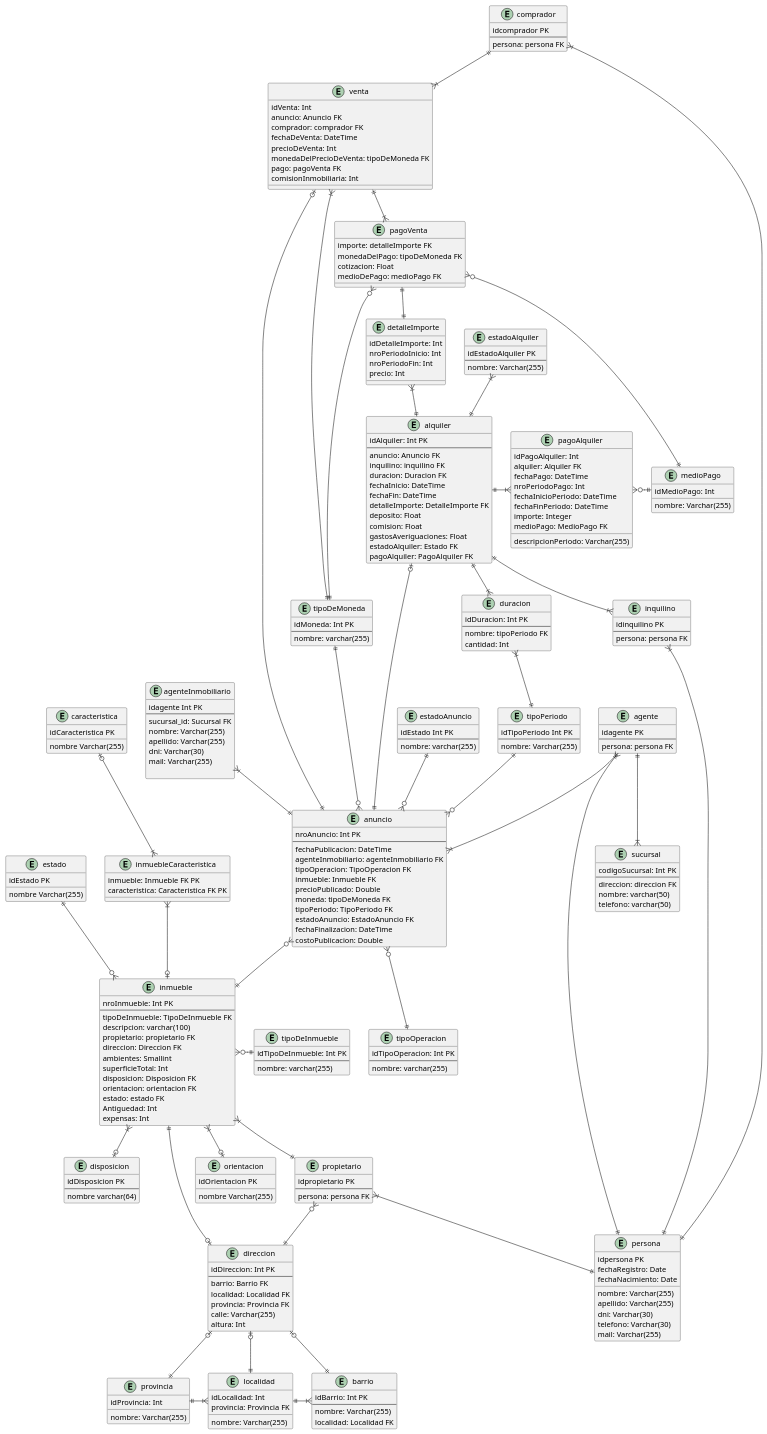
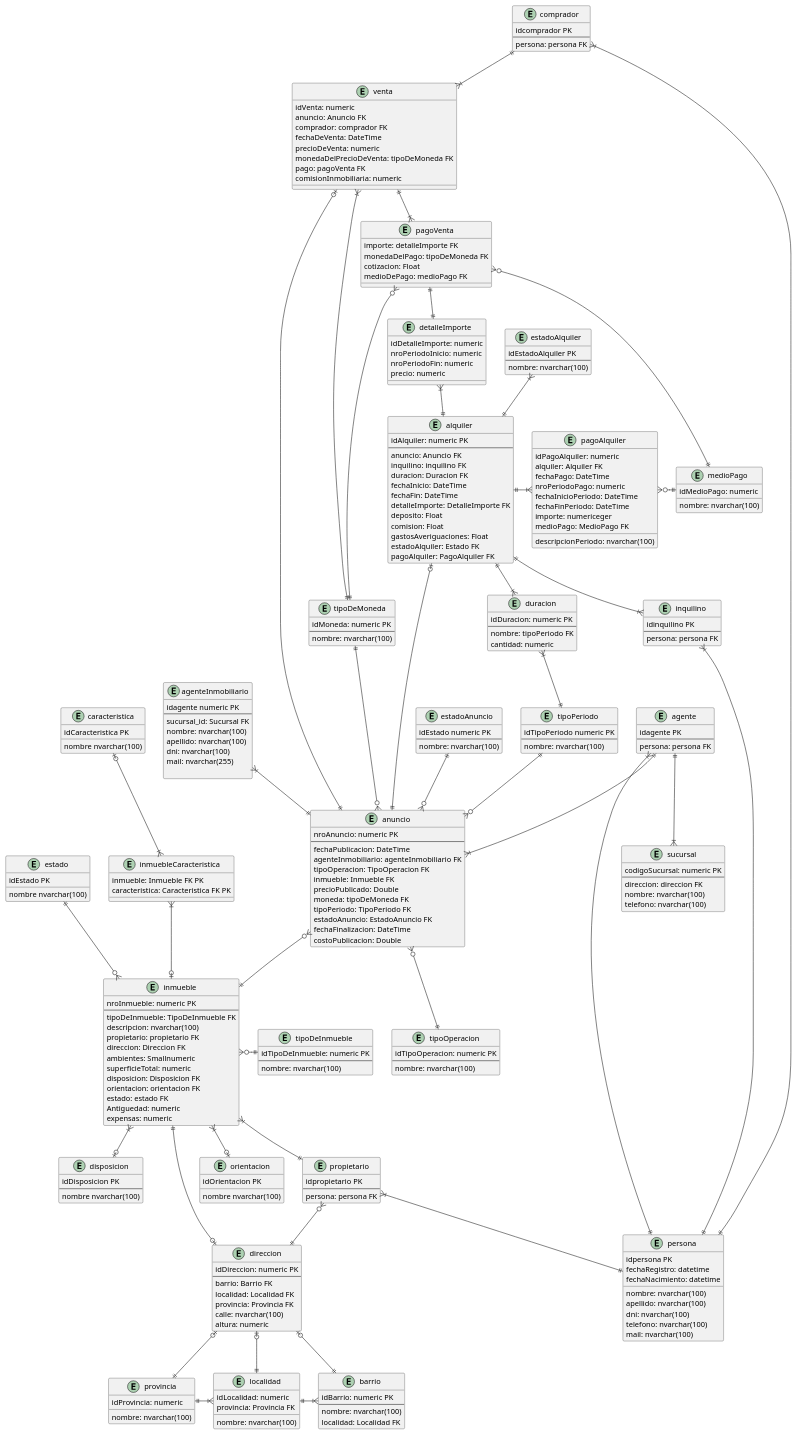
The diagram in der.wsd (manutorrente/TP-GDD), drawn with PlantUML before and after one commit. The commit also changed 1 other file, not shown here.

```diff
--- a/der.wsd
+++ b/der.wsd
@@ -2,7 +2,7 @@
 
 ' Punto 2
 entity alquiler {
-    idAlquiler: Int PK
+    idAlquiler: numeric PK
     --
     anuncio: Anuncio FK
     inquilino: inquilino FK
@@ -19,47 +19,47 @@
 
 
 entity duracion {
-    idDuracion: Int PK
+    idDuracion: numeric PK
     --
     nombre: tipoPeriodo FK
-    cantidad: Int
+    cantidad: numeric
 }
 
 entity detalleImporte {
-    idDetalleImporte: Int
-    nroPeriodoInicio: Int
-    nroPeriodoFin: Int
-    precio: Int
+    idDetalleImporte: numeric
+    nroPeriodoInicio: numeric
+    nroPeriodoFin: numeric
+    precio: numeric
 }
 
 entity pagoAlquiler {
-    idPagoAlquiler: Int
+    idPagoAlquiler: numeric
     alquiler: Alquiler FK
     fechaPago: DateTime
-    nroPeriodoPago: Int
-    descripcionPeriodo: Varchar(255)
+    nroPeriodoPago: numeric
+    descripcionPeriodo: nvarchar(100)
     fechaInicioPeriodo: DateTime
     fechaFinPeriodo: DateTime
-    importe: Integer
+    importe: numericeger
     medioPago: MedioPago FK
 }
 
 
 
 entity medioPago {
-    idMedioPago: Int
-    nombre: Varchar(255)
+    idMedioPago: numeric
+    nombre: nvarchar(100)
 }
 
 entity venta {
-    idVenta: Int
+    idVenta: numeric
     anuncio: Anuncio FK
     comprador: comprador FK
     fechaDeVenta: DateTime
-    precioDeVenta: Int
+    precioDeVenta: numeric
     monedaDelPrecioDeVenta: tipoDeMoneda FK
     pago: pagoVenta FK
-    comisionInmobiliaria: Int
+    comisionInmobiliaria: numeric
 }
 
 entity pagoVenta {
@@ -70,15 +70,15 @@
 }
 
 entity sucursal {
-    codigoSucursal: Int PK
+    codigoSucursal: numeric PK
     --
     direccion: direccion FK
-    nombre: varchar(50)
-    telefono: varchar(50)
+    nombre: nvarchar(100)
+    telefono: nvarchar(100)
 }
 
 entity anuncio {
-    nroAnuncio: Int PK
+    nroAnuncio: numeric PK
     --
     fechaPublicacion: DateTime
     agenteInmobiliario: agenteInmobiliario FK
@@ -93,61 +93,61 @@
 }
 
 entity tipoDeMoneda {
-    idMoneda: Int PK
+    idMoneda: numeric PK
     --
-    nombre: varchar(255)
+    nombre: nvarchar(100)
 }
 
 /' PUNTO 1 '/
 entity inmueble {
-    nroInmueble: Int PK
+    nroInmueble: numeric PK
     --
     tipoDeInmueble: TipoDeInmueble FK  
-    descripcion: varchar(100)
+    descripcion: nvarchar(100)
     propietario: propietario FK
     direccion: Direccion FK
-    ambientes: Smallint
-    superficieTotal: Int
+    ambientes: Smallnumeric
+    superficieTotal: numeric
     disposicion: Disposicion FK
     orientacion: orientacion FK
     estado: estado FK
-    Antiguedad: Int
-    expensas: Int
+    Antiguedad: numeric
+    expensas: numeric
 }
 
 entity tipoDeInmueble {
-    idTipoDeInmueble: Int PK
+    idTipoDeInmueble: numeric PK
     --
-    nombre: varchar(255)
+    nombre: nvarchar(100)
 }
 
 
 entity direccion {
-    idDireccion: Int PK
+    idDireccion: numeric PK
     --
     barrio: Barrio FK
     localidad: Localidad FK 
     provincia: Provincia FK 
-    calle: Varchar(255)
-    altura: Int
+    calle: nvarchar(100)
+    altura: numeric
 }
 
 entity barrio {
-    idBarrio: Int PK
+    idBarrio: numeric PK
     --
-    nombre: Varchar(255)
+    nombre: nvarchar(100)
     localidad: Localidad FK
 }
 
 entity localidad {
-    idLocalidad: Int
-    nombre: Varchar(255)
+    idLocalidad: numeric
+    nombre: nvarchar(100)
     provincia: Provincia FK
 }
 
 entity provincia {
-    idProvincia: Int
-    nombre: Varchar(255)
+    idProvincia: numeric
+    nombre: nvarchar(100)
 }
 
 provincia ||-|{ localidad
@@ -158,39 +158,39 @@
 direccion |o--|| provincia
 
 entity tipoOperacion {
-    idTipoOperacion: Int PK
+    idTipoOperacion: numeric PK
     --
-    nombre: varchar(255)
+    nombre: nvarchar(100)
 }
 
 entity agenteInmobiliario {
-    idagente Int PK
+    idagente numeric PK
     --
     sucursal_id: Sucursal FK    
-    nombre: Varchar(255)
-    apellido: Varchar(255)
-    dni: Varchar(30)
-    mail: Varchar(255)
+    nombre: nvarchar(100)
+    apellido: nvarchar(100)
+    dni: nvarchar(100)
+    mail: nvarchar(255)
 
 }
 
 
 entity caracteristica {
     idCaracteristica PK
-    nombre Varchar(255)
+    nombre nvarchar(100)
 }
 
 
 entity tipoPeriodo {
-    idTipoPeriodo Int PK
+    idTipoPeriodo numeric PK
     --
-    nombre: Varchar(255)
+    nombre: nvarchar(100)
 }
 
 entity estadoAnuncio {
-    idEstado Int PK
+    idEstado numeric PK
     --
-    nombre: varchar(255) 
+    nombre: nvarchar(100) 
 }
 
 
@@ -198,12 +198,12 @@
 entity disposicion {
     idDisposicion PK
     --
-    nombre varchar(64)
+    nombre nvarchar(100)
 }
 
 entity orientacion {
     idOrientacion PK 
-    nombre Varchar(255)
+    nombre nvarchar(100)
 }
 
 entity inmuebleCaracteristica {
@@ -213,24 +213,24 @@
 
 entity estado {
     idEstado PK
-    nombre Varchar(255)
+    nombre nvarchar(100)
 }
 
 entity estadoAlquiler {
     idEstadoAlquiler PK
     --
-    nombre: Varchar(255)
+    nombre: nvarchar(100)
 }
 
 entity persona {
     idpersona PK
-    nombre: Varchar(255)
-    apellido: Varchar(255)
-    dni: Varchar(30)
-    telefono: Varchar(30) 
-    mail: Varchar(255)
-    fechaRegistro: Date
-    fechaNacimiento: Date
+    nombre: nvarchar(100)
+    apellido: nvarchar(100)
+    dni: nvarchar(100)
+    telefono: nvarchar(100) 
+    mail: nvarchar(100)
+    fechaRegistro: datetime
+    fechaNacimiento: datetime
 }
 
 entity comprador{
```
